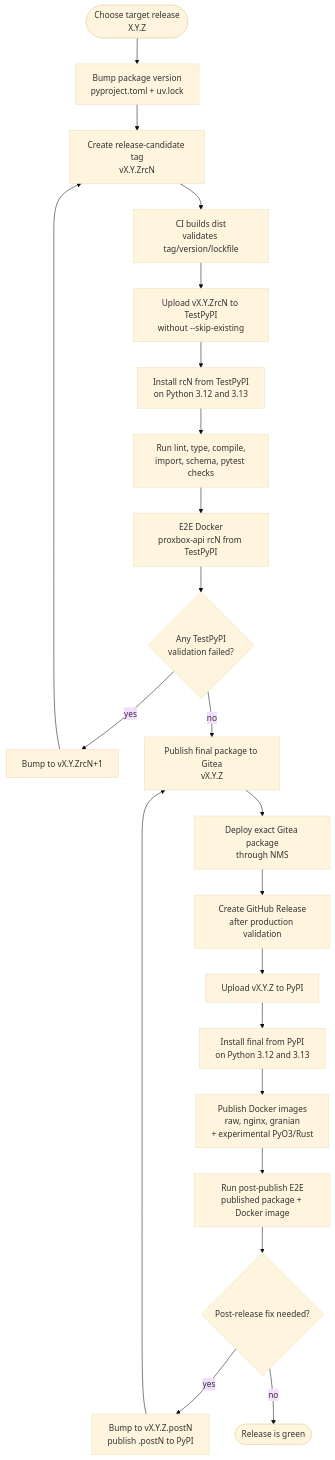
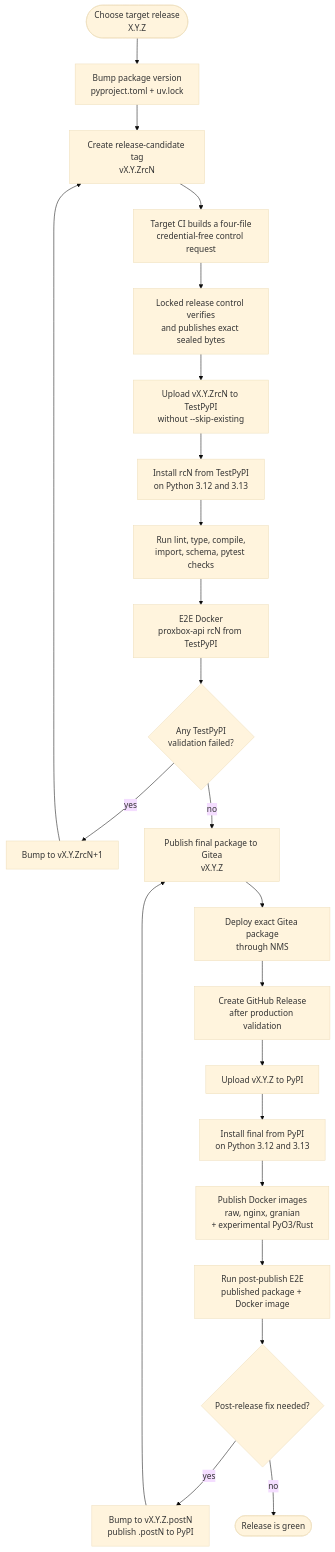
The first of 2 diagrams in docs/development/release-publishing.md (emersonfelipesp/proxbox-api), drawn with Mermaid (base theme) before and after one commit. The commit also changed other lines of this file and 11 other files, not shown here.

Commit message:
Harden locked release-control handoff

````diff
--- a/docs/development/release-publishing.md
+++ b/docs/development/release-publishing.md
@@ -13,29 +13,30 @@
 ```mermaid
 flowchart TD
     Start([Choose target release\nX.Y.Z])
     Bump[Bump package version\npyproject.toml + uv.lock]
     RCTag[Create release-candidate tag\nvX.Y.ZrcN]
-    RCCI[CI builds dist\nvalidates tag/version/lockfile]
+    RCCI[Target CI builds a four-file\ncredential-free control request]
+    Control[Locked release control verifies\nand publishes exact sealed bytes]
     RCUpload[Upload vX.Y.ZrcN to TestPyPI\nwithout --skip-existing]
     RCValidate[Install rcN from TestPyPI\non Python 3.12 and 3.13]
     RCChecks[Run lint, type, compile,\nimport, schema, pytest checks]
     RCE2E[E2E Docker\nproxbox-api rcN from TestPyPI]
     RCFailed{Any TestPyPI\nvalidation failed?}
     NextRC[Bump to vX.Y.ZrcN+1]
     FinalPrivate[Publish final package to Gitea\nvX.Y.Z]
     Deploy[Deploy exact Gitea package\nthrough NMS]
     PublicRelease[Create GitHub Release\nafter production validation]
     FinalUpload[Upload vX.Y.Z to PyPI]
     FinalValidate[Install final from PyPI\non Python 3.12 and 3.13]
     Docker[Publish Docker images\nraw, nginx, granian\n+ experimental PyO3/Rust]
     FinalE2E[Run post-publish E2E\npublished package + Docker image]
     FinalFailed{Post-release fix needed?}
     Post[Bump to vX.Y.Z.postN\npublish .postN to PyPI]
     Done([Release is green])
 
-    Start --> Bump --> RCTag --> RCCI --> RCUpload --> RCValidate --> RCChecks --> RCE2E --> RCFailed
+    Start --> Bump --> RCTag --> RCCI --> Control --> RCUpload --> RCValidate --> RCChecks --> RCE2E --> RCFailed
     RCFailed -- yes --> NextRC --> RCTag
     RCFailed -- no --> FinalPrivate --> Deploy --> PublicRelease --> FinalUpload --> FinalValidate --> Docker --> FinalE2E --> FinalFailed
     FinalFailed -- yes --> Post --> FinalPrivate
     FinalFailed -- no --> Done
 ```
````
